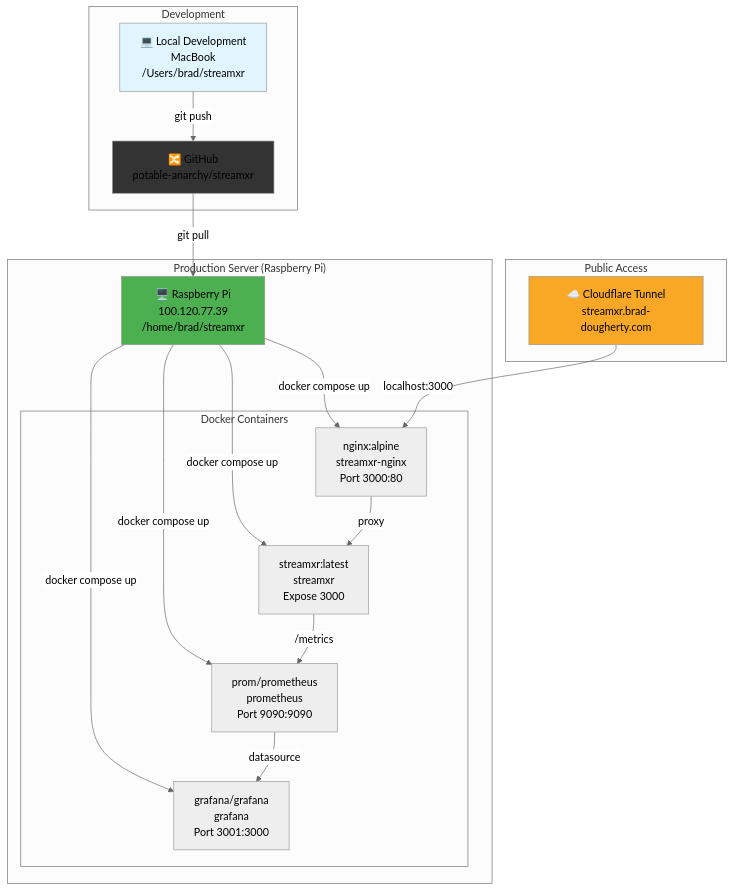
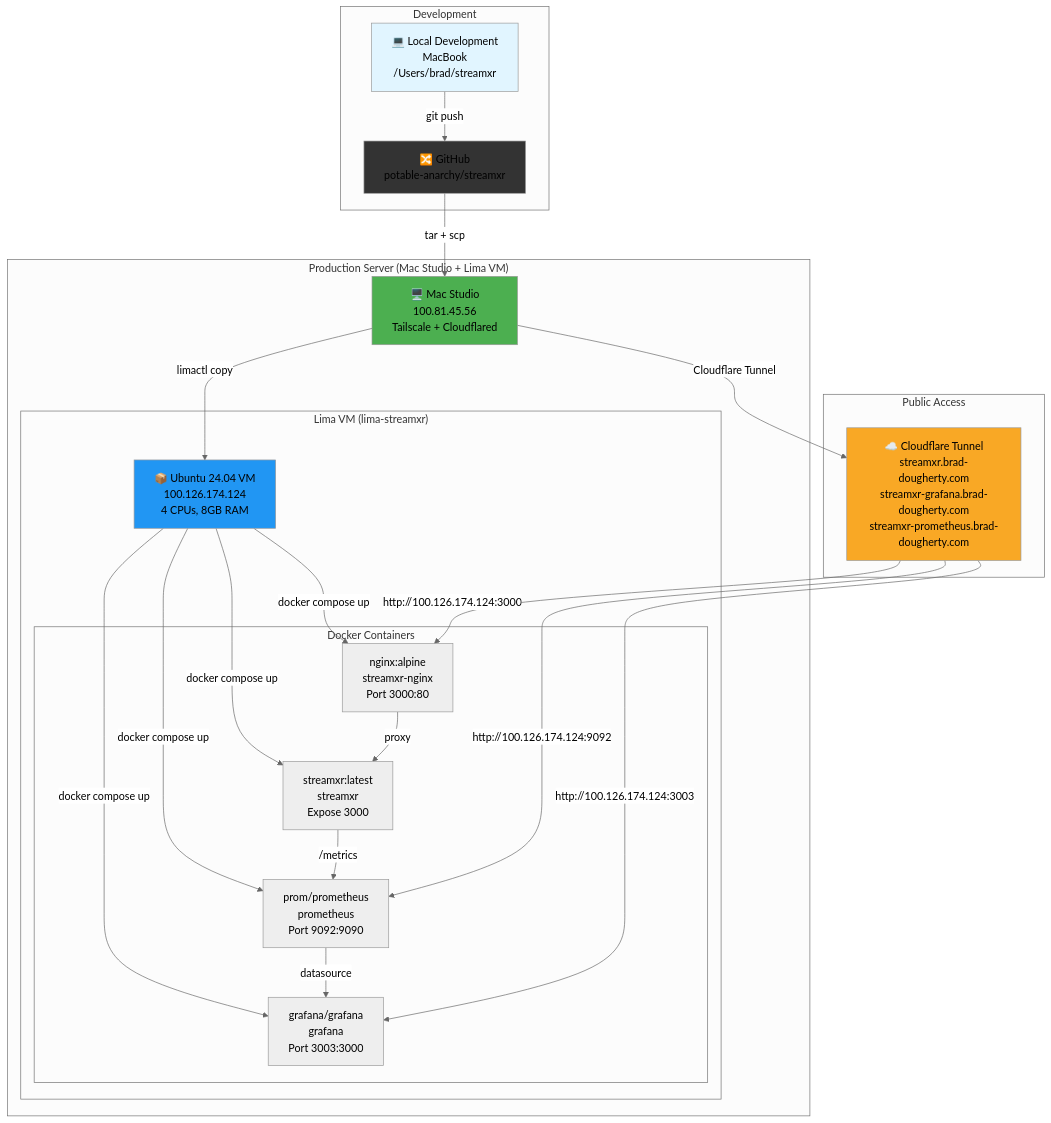
One commit to potable-anarchy/streamxr changed the sixth of 6 diagrams in ARCHITECTURE.md. Above: the diagram before and after it, drawn with Mermaid (neutral theme). The commit also changed other lines of this file and 1 other file, not shown here.

Commit message:
Update documentation for Mac Studio Lima VM deployment
- Updated README.md deployment section with Lima VM details
- Updated ARCHITECTURE.md deployment diagram
- Changed from Raspberry Pi to Mac Studio + Lima VM
- Added Tailscale integration details
- Updated performance metrics for new hardware
- Added Grafana and Prometheus public URLs
- Updated deployment workflow with limactl commands

````diff
--- a/ARCHITECTURE.md
+++ b/ARCHITECTURE.md
@@ -248,40 +248,49 @@
 ```mermaid
 graph TB
     subgraph "Development"
         Local["💻 Local Development<br/>MacBook<br/>/Users/brad/streamxr"]
         Git["🔀 GitHub<br/>potable-anarchy/streamxr"]
     end
 
-    subgraph "Production Server (Raspberry Pi)"
-        Server["🖥️ Raspberry Pi<br/>100.120.77.39<br/>/home/brad/streamxr"]
+    subgraph "Production Server (Mac Studio + Lima VM)"
+        MacStudio["🖥️ Mac Studio<br/>100.81.45.56<br/>Tailscale + Cloudflared"]
         
-        subgraph "Docker Containers"
-            C1["nginx:alpine<br/>streamxr-nginx<br/>Port 3000:80"]
-            C2["streamxr:latest<br/>streamxr<br/>Expose 3000"]
-            C3["prom/prometheus<br/>prometheus<br/>Port 9090:9090"]
-            C4["grafana/grafana<br/>grafana<br/>Port 3001:3000"]
+        subgraph "Lima VM (lima-streamxr)"
+            LimaVM["📦 Ubuntu 24.04 VM<br/>100.126.174.124<br/>4 CPUs, 8GB RAM"]
+            
+            subgraph "Docker Containers"
+                C1["nginx:alpine<br/>streamxr-nginx<br/>Port 3000:80"]
+                C2["streamxr:latest<br/>streamxr<br/>Expose 3000"]
+                C3["prom/prometheus<br/>prometheus<br/>Port 9092:9090"]
+                C4["grafana/grafana<br/>grafana<br/>Port 3003:3000"]
+            end
         end
     end
 
     subgraph "Public Access"
-        CF2["☁️ Cloudflare Tunnel<br/>streamxr.brad-dougherty.com"]
+        CF2["☁️ Cloudflare Tunnel<br/>streamxr.brad-dougherty.com<br/>streamxr-grafana.brad-dougherty.com<br/>streamxr-prometheus.brad-dougherty.com"]
     end
 
     Local -->|git push| Git
-    Git -->|git pull| Server
-    Server -->|docker compose up| C1
-    Server -->|docker compose up| C2
-    Server -->|docker compose up| C3
-    Server -->|docker compose up| C4
+    Git -->|tar + scp| MacStudio
+    MacStudio -->|limactl copy| LimaVM
+    LimaVM -->|docker compose up| C1
+    LimaVM -->|docker compose up| C2
+    LimaVM -->|docker compose up| C3
+    LimaVM -->|docker compose up| C4
     
     C1 -->|proxy| C2
     C2 -->|/metrics| C3
     C3 -->|datasource| C4
     
-    CF2 -->|localhost:3000| C1
+    CF2 -->|http://100.126.174.124:3000| C1
+    CF2 -->|http://100.126.174.124:3003| C4
+    CF2 -->|http://100.126.174.124:9092| C3
+    MacStudio -->|Cloudflare Tunnel| CF2
 
     style Local fill:#e1f5ff
     style Git fill:#333
-    style Server fill:#4caf50
+    style MacStudio fill:#4caf50
+    style LimaVM fill:#2196f3
     style CF2 fill:#f9a825
 ```
````
